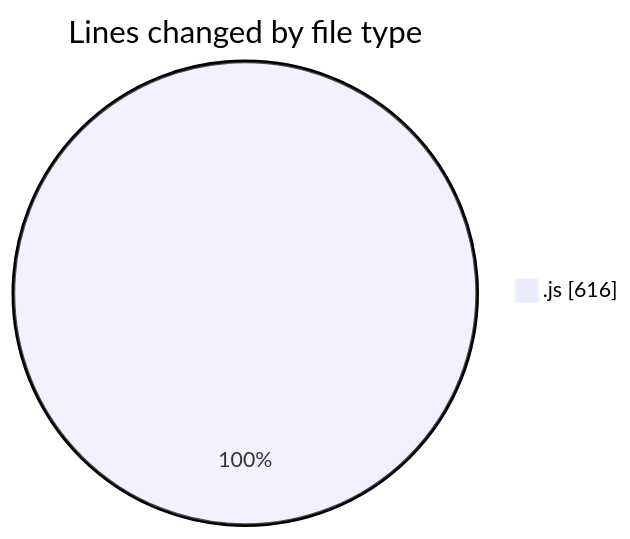
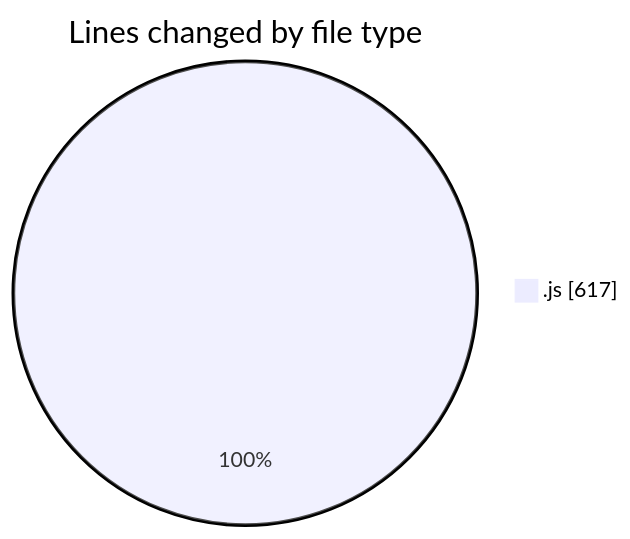
One commit to BS-eng2023/code-tracking changed the first of 2 diagrams in 2025-04-03/jsvms/README.md. Above: the diagram before and after it, drawn with Mermaid. The commit also changed other lines of this file and 1 other file, not shown here.

````diff
--- a/2025-04-03/jsvms/README.md
+++ b/2025-04-03/jsvms/README.md
@@ -24,5 +24,5 @@
 ```mermaid
 pie showData
 title Lines changed by file type
-".js" : 616
+".js" : 617
 ```
````
